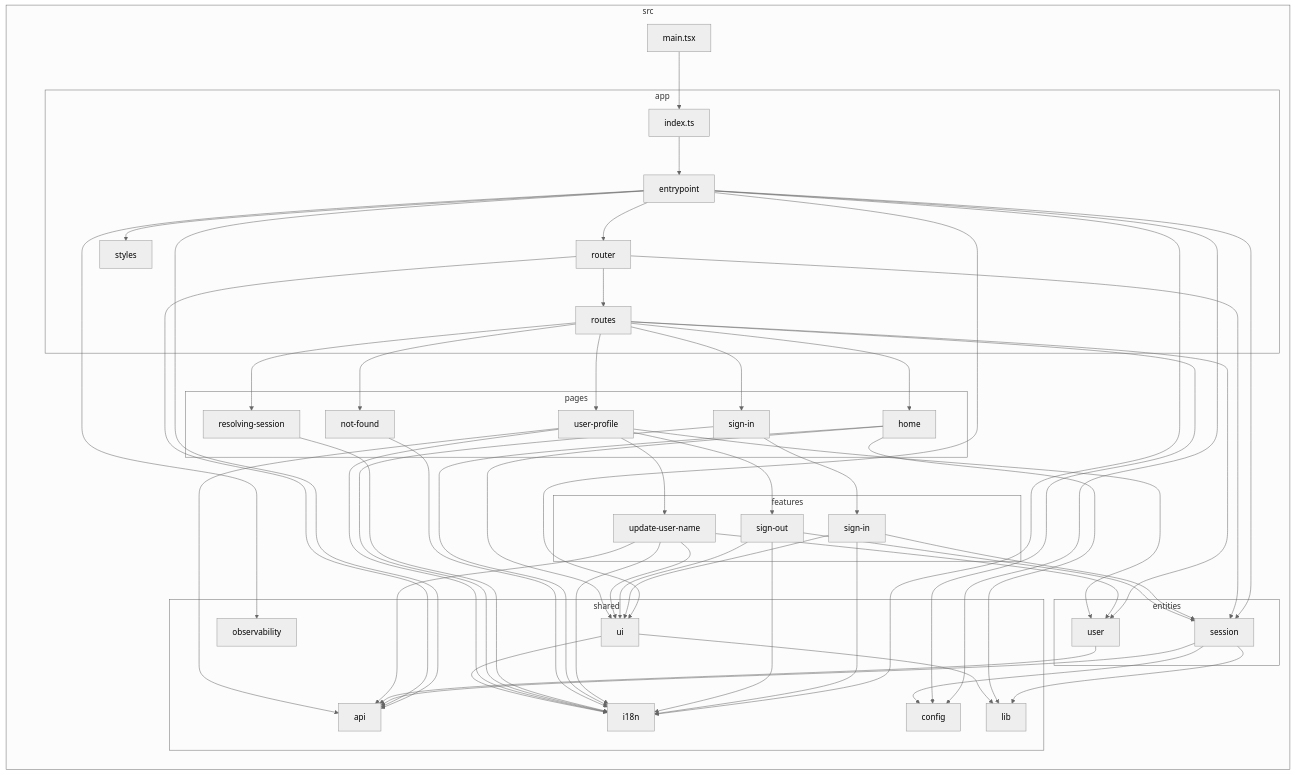
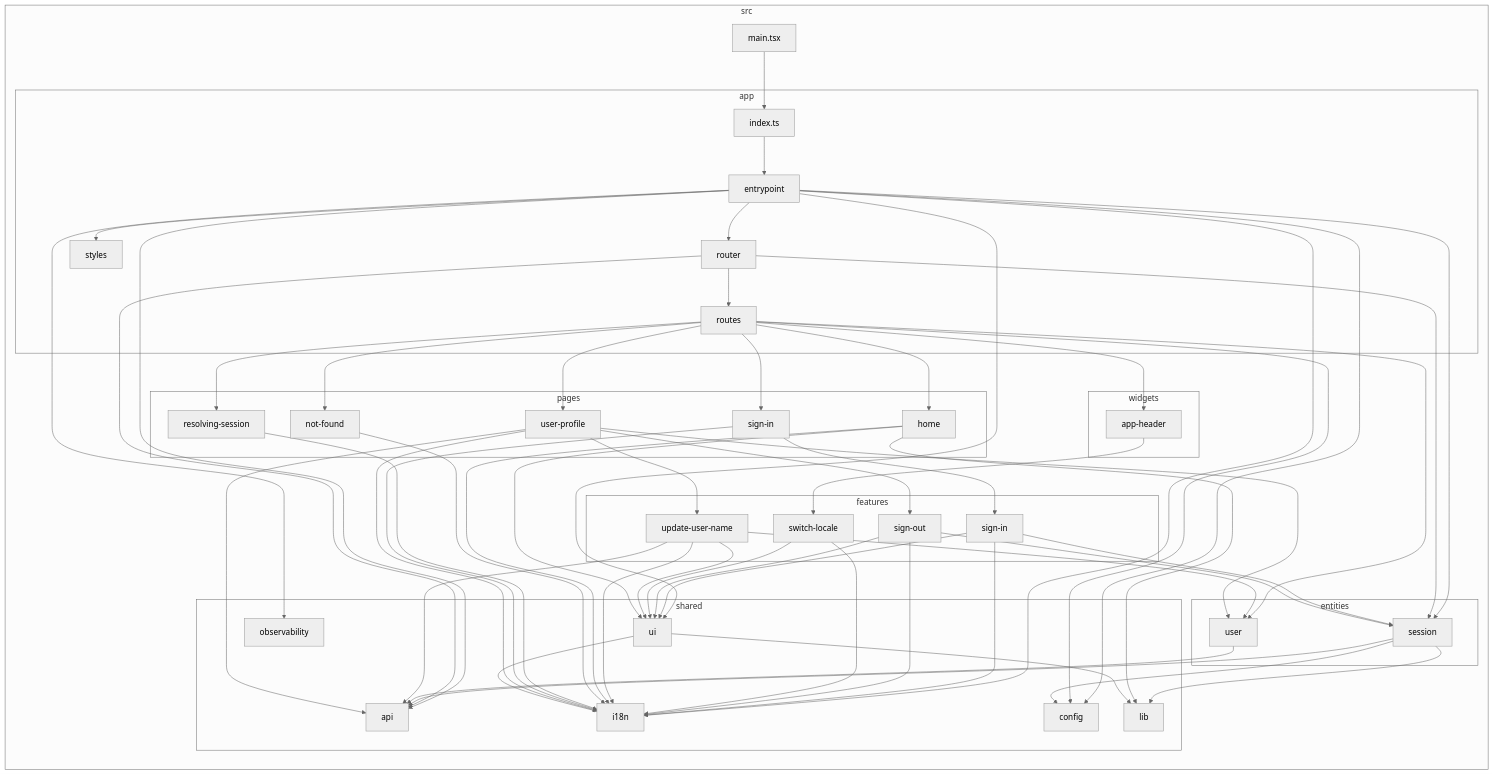
Before and after one commit to khusenov/frontend-boilerplate: the diagram in docs/architecture-graph.md, drawn with Mermaid (neutral theme). The commit also changed 29 other files, not shown here.

````diff
--- a/docs/architecture-graph.md
+++ b/docs/architecture-graph.md
@@ -16,71 +16,79 @@
 subgraph A["features"]
 B["sign-in"]
 C["sign-out"]
-D["update-user-name"]
+D["switch-locale"]
+E["update-user-name"]
 end
-E["main.tsx"]
-subgraph F["pages"]
-G["home"]
-H["not-found"]
-I["resolving-session"]
-J["sign-in"]
-K["user-profile"]
+F["main.tsx"]
+subgraph G["pages"]
+H["home"]
+I["not-found"]
+J["resolving-session"]
+K["sign-in"]
+L["user-profile"]
 end
-subgraph L["shared"]
-M["api"]
-N["config"]
-O["i18n"]
-P["lib"]
-Q["observability"]
-R["ui"]
+subgraph M["shared"]
+N["api"]
+O["config"]
+P["i18n"]
+Q["lib"]
+R["observability"]
+S["ui"]
+end
+subgraph T["widgets"]
+U["app-header"]
 end
 end
+2-->S
 2-->R
-2-->Q
 2-->8
-2-->M
-2-->O
+2-->N
+2-->P
 2-->4
 2-->6
-2-->N
+2-->O
 3-->2
 4-->8
-4-->M
+4-->N
 4-->5
+5-->I
+5-->O
+5-->U
+5-->J
+5-->9
+5-->L
 5-->H
-5-->I
-5-->9
 5-->K
-5-->G
-5-->N
-5-->J
-8-->M
 8-->N
-8-->P
-9-->M
-B-->O
+8-->O
+8-->Q
+9-->N
+B-->P
 B-->8
-B-->R
+B-->S
 C-->8
-C-->O
-C-->R
-D-->9
-D-->M
-D-->O
-D-->R
-E-->3
-G-->O
-G-->P
-G-->R
-H-->O
-I-->O
-J-->B
-J-->O
-K-->C
-K-->D
-K-->O
-K-->9
-K-->M
-R-->P
-R-->O
+C-->P
+C-->S
+D-->P
+D-->S
+E-->9
+E-->N
+E-->P
+E-->S
+F-->3
+H-->P
+H-->Q
+H-->S
+I-->P
+J-->P
+K-->B
+K-->P
+L-->C
+L-->E
+L-->P
+L-->9
+L-->N
+S-->Q
+S-->P
+U-->D
 ```
````
